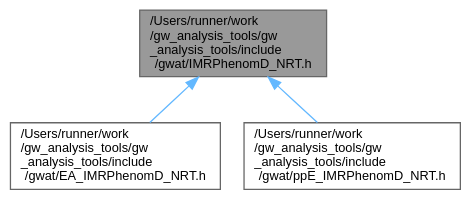
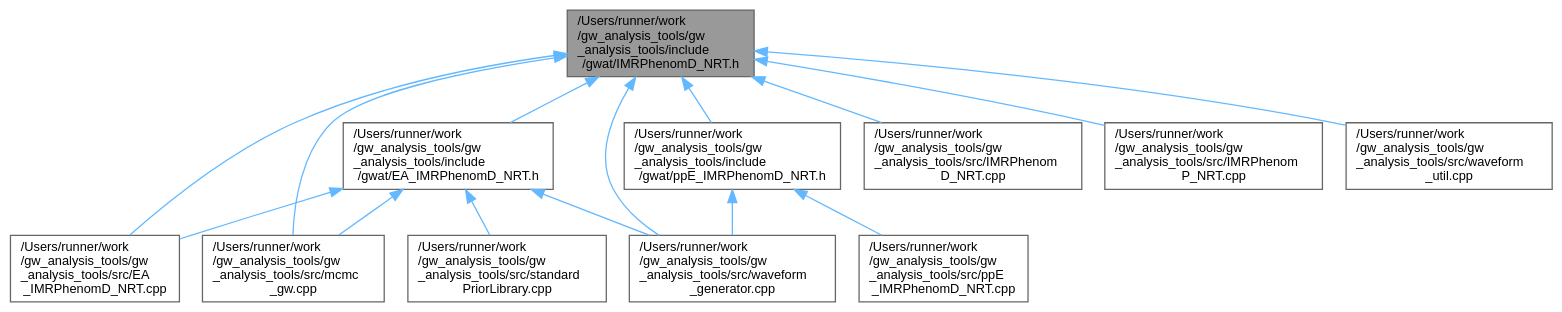
Before and after one commit to scottperkins/gw_analysis_tools: the diagram in IMRPhenomD__NRT_8h__dep__incl.dot, drawn with Graphviz. The commit also changed 579 other files, not shown here.

```diff
--- a/IMRPhenomD__NRT_8h__dep__incl.dot
+++ b/IMRPhenomD__NRT_8h__dep__incl.dot
@@ -1,12 +1,32 @@
 digraph "/Users/runner/work/gw_analysis_tools/gw_analysis_tools/include/gwat/IMRPhenomD_NRT.h"
 {
  // LATEX_PDF_SIZE
   bgcolor="transparent";
   edge [fontname=Helvetica,fontsize=10,labelfontname=Helvetica,labelfontsize=10];
   node [fontname=Helvetica,fontsize=10,shape=box,height=0.2,width=0.4];
   Node1 [label="/Users/runner/work\l/gw_analysis_tools/gw\l_analysis_tools/include\l/gwat/IMRPhenomD_NRT.h",height=0.2,width=0.4,color="gray40", fillcolor="grey60", style="filled", fontcolor="black",tooltip=" "];
   Node1 -> Node2 [dir="back",color="steelblue1",style="solid"];
   Node2 [label="/Users/runner/work\l/gw_analysis_tools/gw\l_analysis_tools/include\l/gwat/EA_IMRPhenomD_NRT.h",height=0.2,width=0.4,color="grey40", fillcolor="white", style="filled",URL="$EA__IMRPhenomD__NRT_8h.html",tooltip=" "];
+  Node2 -> Node3 [dir="back",color="steelblue1",style="solid"];
+  Node3 [label="/Users/runner/work\l/gw_analysis_tools/gw\l_analysis_tools/src/EA\l_IMRPhenomD_NRT.cpp",height=0.2,width=0.4,color="grey40", fillcolor="white", style="filled",URL="$EA__IMRPhenomD__NRT_8cpp.html",tooltip=" "];
+  Node2 -> Node4 [dir="back",color="steelblue1",style="solid"];
+  Node4 [label="/Users/runner/work\l/gw_analysis_tools/gw\l_analysis_tools/src/mcmc\l_gw.cpp",height=0.2,width=0.4,color="grey40", fillcolor="white", style="filled",URL="$mcmc__gw_8cpp.html",tooltip=" "];
+  Node2 -> Node5 [dir="back",color="steelblue1",style="solid"];
+  Node5 [label="/Users/runner/work\l/gw_analysis_tools/gw\l_analysis_tools/src/standard\lPriorLibrary.cpp",height=0.2,width=0.4,color="grey40", fillcolor="white", style="filled",URL="$standardPriorLibrary_8cpp.html",tooltip=" "];
+  Node2 -> Node6 [dir="back",color="steelblue1",style="solid"];
+  Node6 [label="/Users/runner/work\l/gw_analysis_tools/gw\l_analysis_tools/src/waveform\l_generator.cpp",height=0.2,width=0.4,color="grey40", fillcolor="white", style="filled",URL="$waveform__generator_8cpp.html",tooltip=" "];
+  Node1 -> Node7 [dir="back",color="steelblue1",style="solid"];
+  Node7 [label="/Users/runner/work\l/gw_analysis_tools/gw\l_analysis_tools/include\l/gwat/ppE_IMRPhenomD_NRT.h",height=0.2,width=0.4,color="grey40", fillcolor="white", style="filled",URL="$ppE__IMRPhenomD__NRT_8h.html",tooltip=" "];
+  Node7 -> Node8 [dir="back",color="steelblue1",style="solid"];
+  Node8 [label="/Users/runner/work\l/gw_analysis_tools/gw\l_analysis_tools/src/ppE\l_IMRPhenomD_NRT.cpp",height=0.2,width=0.4,color="grey40", fillcolor="white", style="filled",URL="$ppE__IMRPhenomD__NRT_8cpp.html",tooltip=" "];
+  Node7 -> Node6 [dir="back",color="steelblue1",style="solid"];
   Node1 -> Node3 [dir="back",color="steelblue1",style="solid"];
-  Node3 [label="/Users/runner/work\l/gw_analysis_tools/gw\l_analysis_tools/include\l/gwat/ppE_IMRPhenomD_NRT.h",height=0.2,width=0.4,color="grey40", fillcolor="white", style="filled",URL="$ppE__IMRPhenomD__NRT_8h.html",tooltip=" "];
+  Node1 -> Node9 [dir="back",color="steelblue1",style="solid"];
+  Node9 [label="/Users/runner/work\l/gw_analysis_tools/gw\l_analysis_tools/src/IMRPhenom\lD_NRT.cpp",height=0.2,width=0.4,color="grey40", fillcolor="white", style="filled",URL="$IMRPhenomD__NRT_8cpp.html",tooltip=" "];
+  Node1 -> Node10 [dir="back",color="steelblue1",style="solid"];
+  Node10 [label="/Users/runner/work\l/gw_analysis_tools/gw\l_analysis_tools/src/IMRPhenom\lP_NRT.cpp",height=0.2,width=0.4,color="grey40", fillcolor="white", style="filled",URL="$IMRPhenomP__NRT_8cpp.html",tooltip=" "];
+  Node1 -> Node4 [dir="back",color="steelblue1",style="solid"];
+  Node1 -> Node6 [dir="back",color="steelblue1",style="solid"];
+  Node1 -> Node11 [dir="back",color="steelblue1",style="solid"];
+  Node11 [label="/Users/runner/work\l/gw_analysis_tools/gw\l_analysis_tools/src/waveform\l_util.cpp",height=0.2,width=0.4,color="grey40", fillcolor="white", style="filled",URL="$waveform__util_8cpp.html",tooltip=" "];
 }
```
